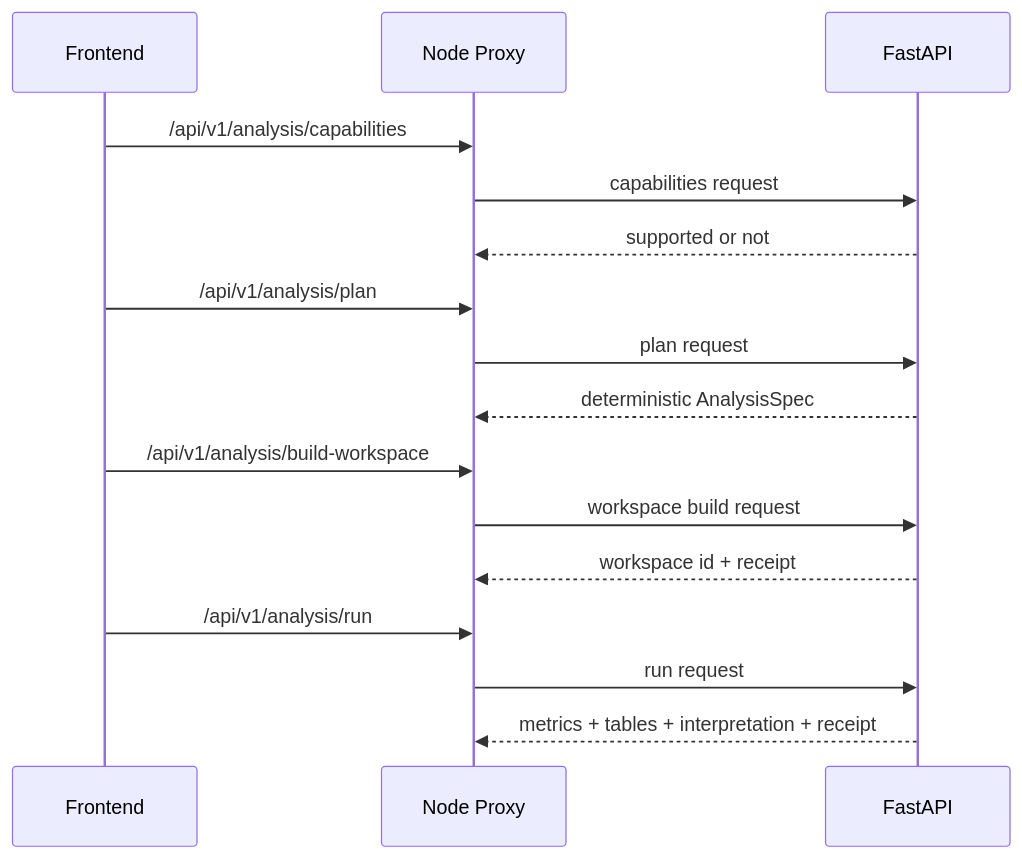
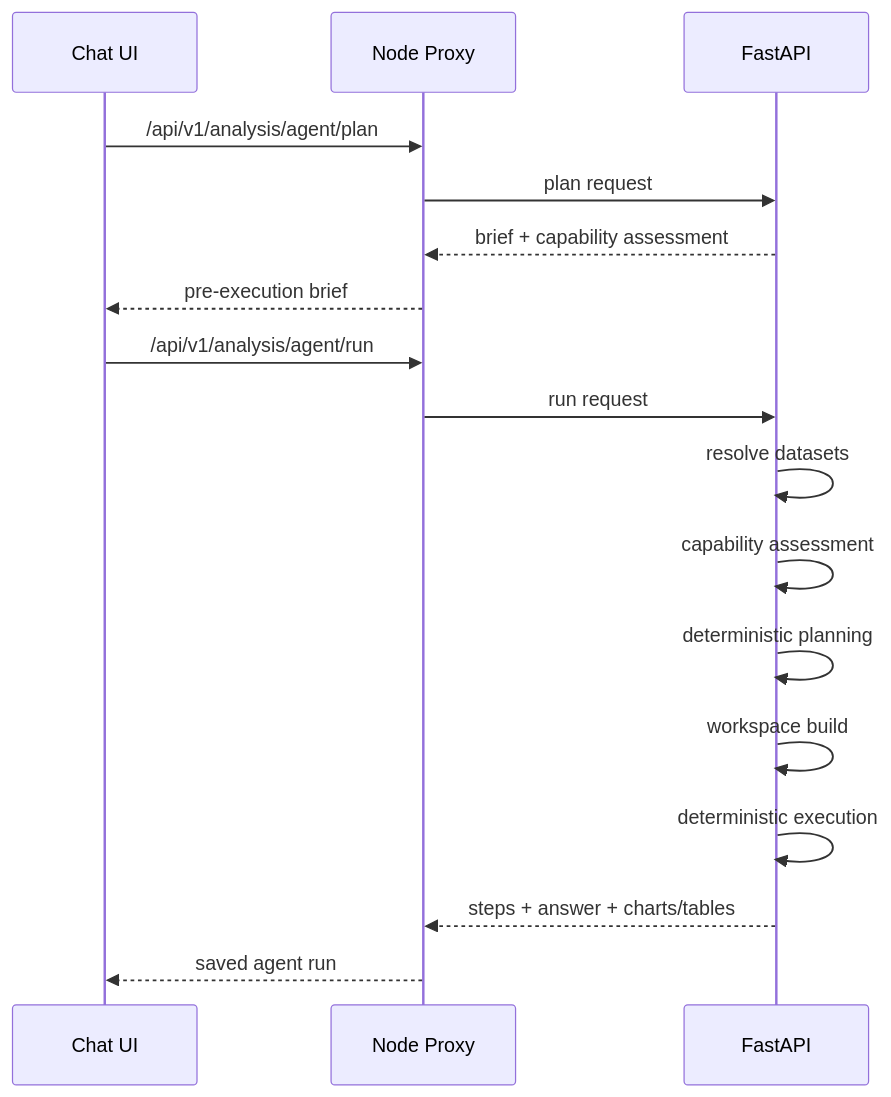
Before and after one commit to mnikor/Study-Data-analysis: the third of 3 diagrams in README.md, drawn with Mermaid. The commit also changed other lines of this file, not shown here.

Commit message:
Update README for current agent architecture

````diff
--- a/README.md
+++ b/README.md
@@ -153,22 +218,21 @@
 ```mermaid
 sequenceDiagram
-    participant FE as Frontend
+    participant FE as Chat UI
     participant NODE as Node Proxy
     participant API as FastAPI
 
-    FE->>NODE: /api/v1/analysis/capabilities
-    NODE->>API: capabilities request
-    API-->>NODE: supported or not
+    FE->>NODE: /api/v1/analysis/agent/plan
+    NODE->>API: plan request
+    API-->>NODE: brief + capability assessment
+    NODE-->>FE: pre-execution brief
 
-    FE->>NODE: /api/v1/analysis/plan
-    NODE->>API: plan request
-    API-->>NODE: deterministic AnalysisSpec
-
-    FE->>NODE: /api/v1/analysis/build-workspace
-    NODE->>API: workspace build request
-    API-->>NODE: workspace id + receipt
-
-    FE->>NODE: /api/v1/analysis/run
+    FE->>NODE: /api/v1/analysis/agent/run
     NODE->>API: run request
-    API-->>NODE: metrics + tables + interpretation + receipt
+    API->>API: resolve datasets
+    API->>API: capability assessment
+    API->>API: deterministic planning
+    API->>API: workspace build
+    API->>API: deterministic execution
+    API-->>NODE: steps + answer + charts/tables
+    NODE-->>FE: saved agent run
 ```
````
